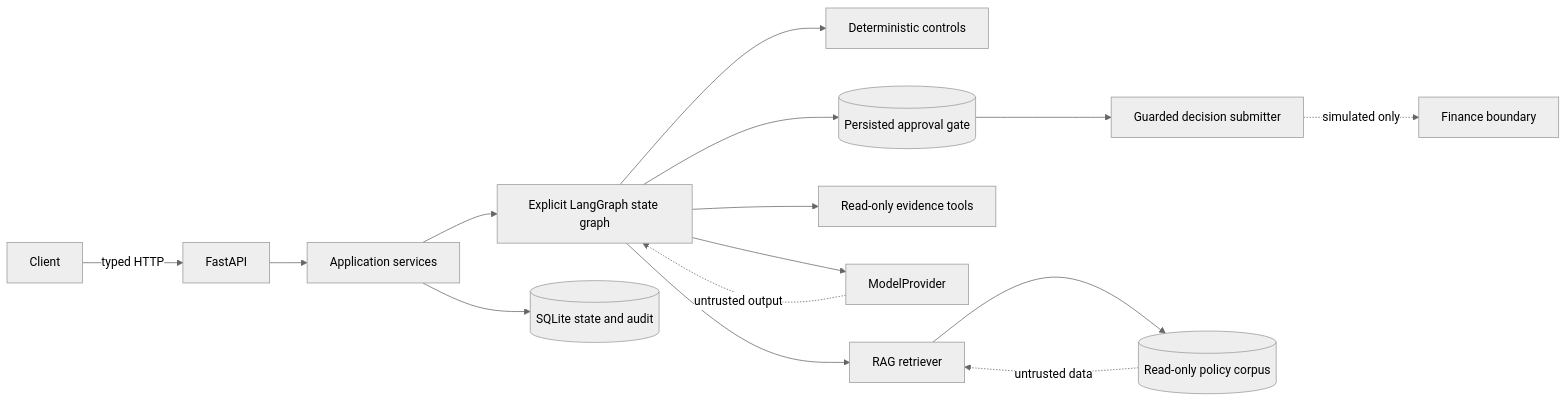
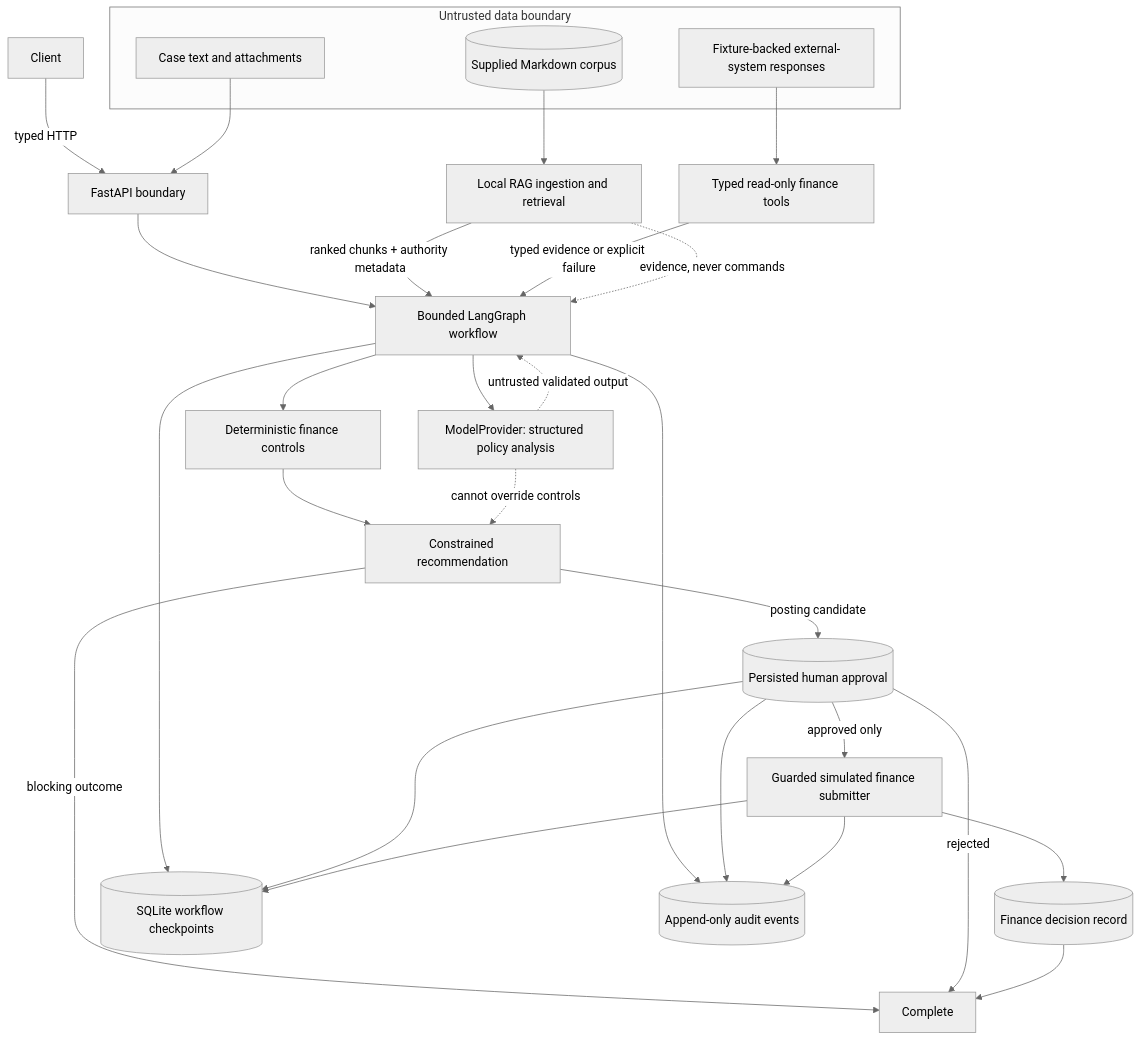
Before and after one commit to anthony-au1/fpa: the diagram in docs/architecture.md, drawn with Mermaid (neutral theme). The commit also changed other lines of this file and 29 other files, not shown here.

````diff
--- a/docs/architecture.md
+++ b/docs/architecture.md
@@ -5,17 +7,39 @@
 ```mermaid
-flowchart LR
-    Client -->|typed HTTP| API[FastAPI]
-    API --> Services[Application services]
-    Services --> Graph[Explicit LangGraph state graph]
-    Graph --> Deterministic[Deterministic controls]
-    Graph --> RAG[RAG retriever]
-    Graph --> ReadTools[Read-only evidence tools]
-    Graph --> Models[ModelProvider]
-    Graph --> Approval[(Persisted approval gate)]
-    Approval --> Submit[Guarded decision submitter]
-    Services --> DB[(SQLite state and audit)]
-    RAG --> Corpus[(Read-only policy corpus)]
-    Corpus -. untrusted data .-> RAG
-    Models -. untrusted output .-> Graph
-    Submit -. simulated only .-> Finance[Finance boundary]
+flowchart TB
+    Client[Client] -->|typed HTTP| API[FastAPI boundary]
+    API --> Graph[Bounded LangGraph workflow]
+
+    subgraph Untrusted[Untrusted data boundary]
+        Case[Case text and attachments]
+        Corpus[(Supplied Markdown corpus)]
+        External[Fixture-backed external-system responses]
+    end
+
+    Case --> API
+    Corpus --> RAG[Local RAG ingestion and retrieval]
+    External --> Tools[Typed read-only finance tools]
+    RAG -->|ranked chunks + authority metadata| Graph
+    Tools -->|typed evidence or explicit failure| Graph
+
+    Graph --> Controls[Deterministic finance controls]
+    Graph --> LLM[ModelProvider: structured policy analysis]
+    Controls --> Recommendation[Constrained recommendation]
+    LLM -. cannot override controls .-> Recommendation
+
+    Recommendation -->|blocking outcome| Complete[Complete]
+    Recommendation -->|posting candidate| Approval[(Persisted human approval)]
+    Approval -->|approved only| Submit[Guarded simulated finance submitter]
+    Approval -->|rejected| Complete
+    Submit --> Decision[(Finance decision record)]
+    Decision --> Complete
+
+    Graph --> DB[(SQLite workflow checkpoints)]
+    Approval --> DB
+    Submit --> DB
+    Graph --> Audit[(Append-only audit events)]
+    Approval --> Audit
+    Submit --> Audit
+
+    LLM -. untrusted validated output .-> Graph
+    RAG -. evidence, never commands .-> Graph
 ```
````
